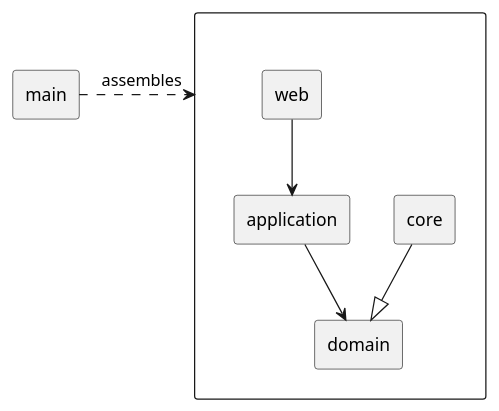
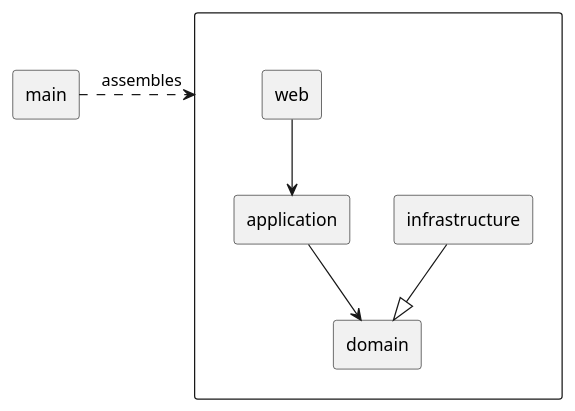
The first of 3 diagrams in docs/src/main/asciidoc/pages/application/architecture.adoc (bitsmi-blog/springboot-showcase), drawn with PlantUML before and after one commit. The commit also changed other lines of this file and 164 other files, not shown here.

Commit message:
Rename Core module to Infrastructure

```diff
--- a/docs/src/main/asciidoc/pages/application/architecture.adoc
+++ b/docs/src/main/asciidoc/pages/application/architecture.adoc
@@ -6,17 +6,17 @@
 [plantuml]
 ----
 @startuml
 rectangle main
 rectangle " " as setup {
     rectangle application
-    rectangle core
+    rectangle infrastructure
     rectangle domain
     rectangle web
 }
 
 main .right.> setup : "assembles"
 web --> application
 application --> domain
-core --|> domain
+infrastructure --|> domain
 @enduml
 ----
```
